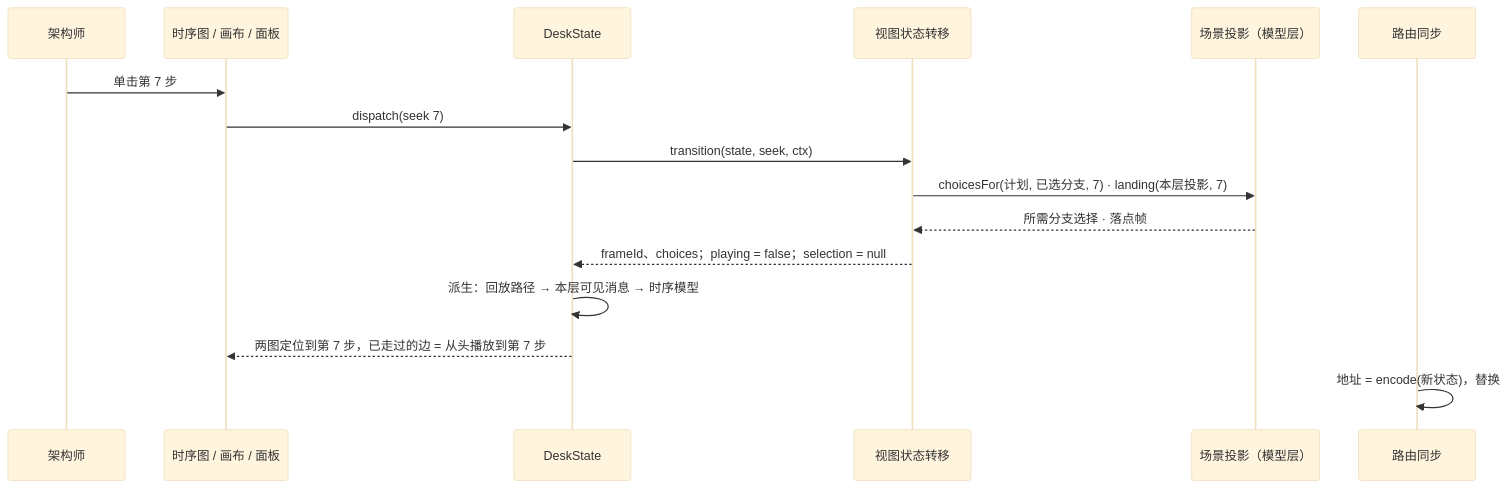
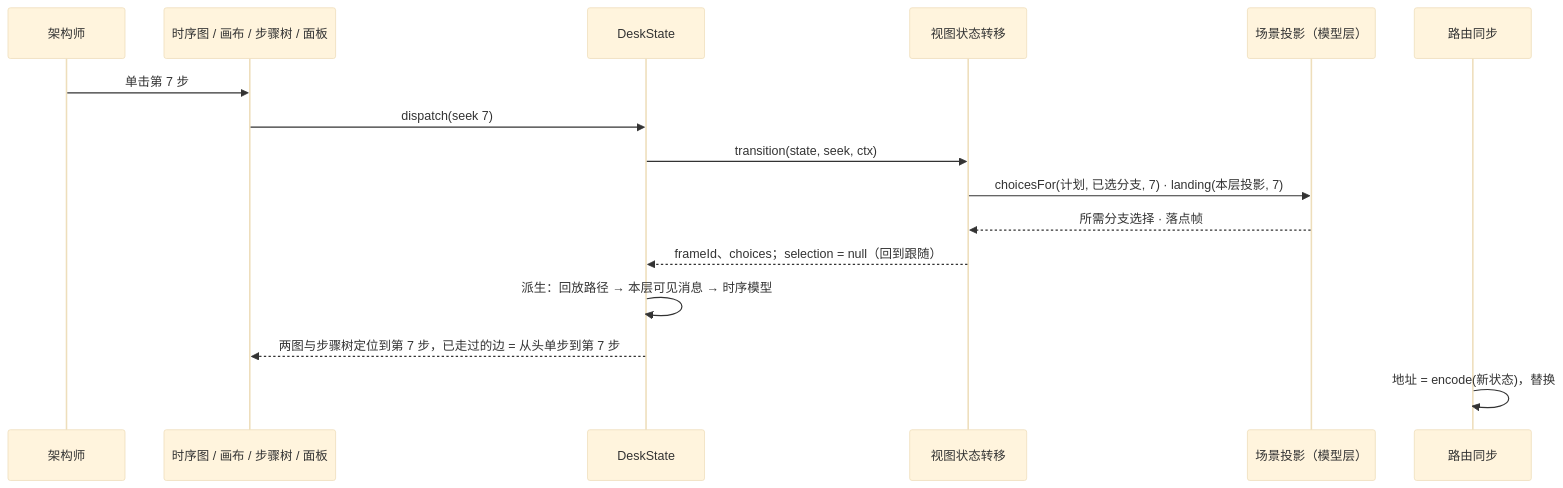
The second of 2 diagrams in docs/architecture/view-state.md (bulengjianghu/archdeck), drawn with Mermaid (base theme) before and after one commit. The commit also changed other lines of this file and 11 other files, not shown here.

````diff
--- a/docs/architecture/view-state.md
+++ b/docs/architecture/view-state.md
@@ -119,19 +117,19 @@
 ```mermaid
 sequenceDiagram
     participant U as 架构师
-    participant UI as 时序图 / 画布 / 面板
+    participant UI as 时序图 / 画布 / 步骤树 / 面板
     participant DS as DeskState
     participant T as 视图状态转移
     participant M as 场景投影（模型层）
     participant RS as 路由同步
 
     U->>UI: 单击第 7 步
     UI->>DS: dispatch(seek 7)
     DS->>T: transition(state, seek, ctx)
     T->>M: choicesFor(计划, 已选分支, 7) · landing(本层投影, 7)
     M-->>T: 所需分支选择 · 落点帧
-    T-->>DS: frameId、choices；playing = false；selection = null
+    T-->>DS: frameId、choices；selection = null（回到跟随）
     DS->>DS: 派生：回放路径 → 本层可见消息 → 时序模型
-    DS-->>UI: 两图定位到第 7 步，已走过的边 = 从头播放到第 7 步
+    DS-->>UI: 两图与步骤树定位到第 7 步，已走过的边 = 从头单步到第 7 步
     RS->>RS: 地址 = encode(新状态)，替换
 ```
````
